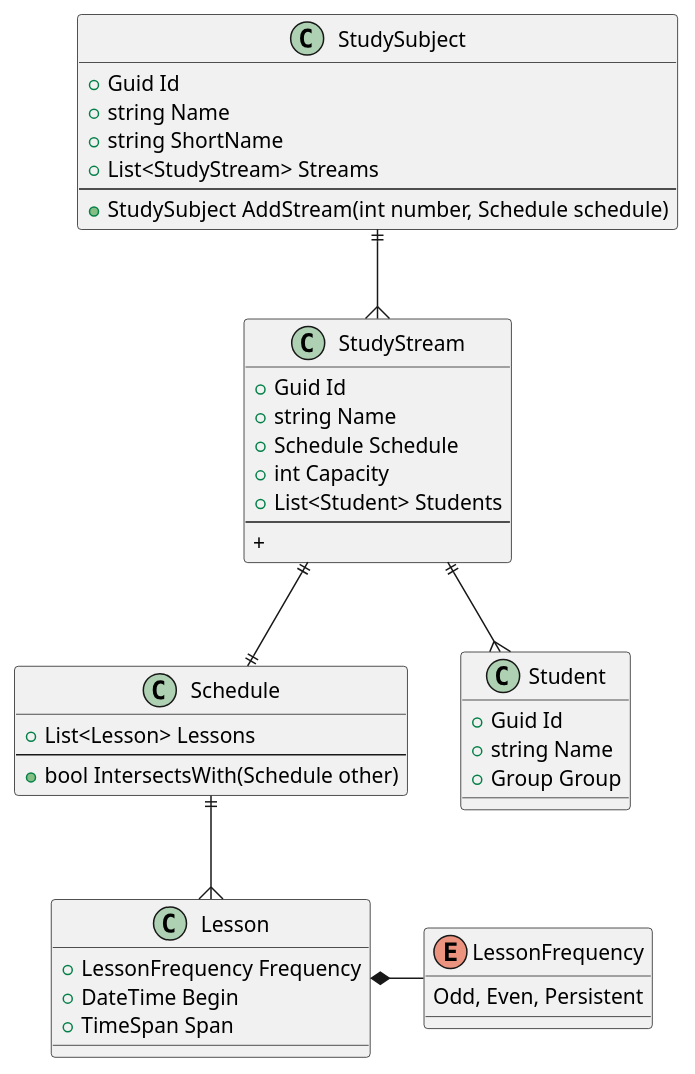
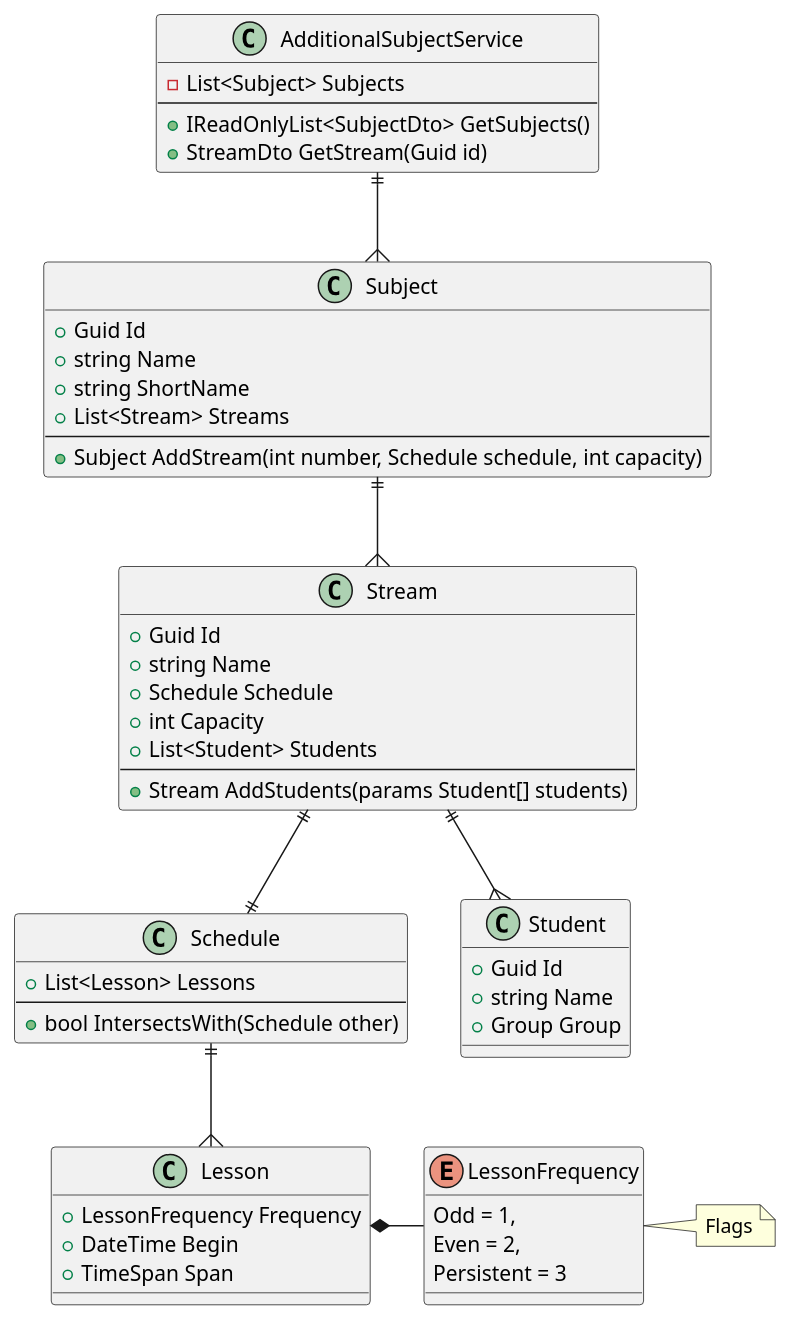
One commit to ronimizy/OopLabs changed the diagram in IsuExtra/Docs/ERD.puml. Above: the diagram before and after it, drawn with PlantUML.

Commit message:
feat: added AdditionalSubjectService to uml

```diff
--- a/IsuExtra/Docs/ERD.puml
+++ b/IsuExtra/Docs/ERD.puml
@@ -1,64 +1,80 @@
 @startuml
 'https://plantuml.com/class-diagram
 
+note "Flags" as Fl
+LessonFrequency . Fl
+
 enum LessonFrequency
 {
-    Odd, Even, Persistent
+    Odd = 1, 
+    Even = 2, 
+    Persistent = 3
 }
 
 class Lesson 
 {
     + LessonFrequency Frequency
     + DateTime Begin
     + TimeSpan Span
 }
 
 class Schedule
 {
     + List<Lesson> Lessons
     --
     + bool IntersectsWith(Schedule other)
 }
 
 class Student
 {
     + Guid Id
     + string Name
     + Group Group
 }
 
-class StudyStream 
+class Stream 
 {
     + Guid Id
     + string Name
     + Schedule Schedule
     + int Capacity
     + List<Student> Students
     --
-    + 
+    + Stream AddStudents(params Student[] students)
 }
 
-class StudySubject 
+class Subject 
 {
     + Guid Id
     + string Name
     + string ShortName
-    + List<StudyStream> Streams
+    + List<Stream> Streams
     --
-    + StudySubject AddStream(int number, Schedule schedule)
+    + Subject AddStream(int number, Schedule schedule, int capacity)
+}
+
+class AdditionalSubjectService
+{
+    - List<Subject> Subjects
+    --
+    + IReadOnlyList<SubjectDto> GetSubjects()
+    + StreamDto GetStream(Guid id)
 }
 
 '
 '
 '
 
+
 Lesson *- LessonFrequency
 
 Schedule ||--{ Lesson
 
-StudyStream ||--{ Student
-StudyStream ||--|| Schedule
+Stream ||--{ Student
+Stream ||--|| Schedule
 
-StudySubject ||--{ StudyStream
+Subject ||--{ Stream
+
+AdditionalSubjectService ||--{ Subject
 
 @enduml
```
